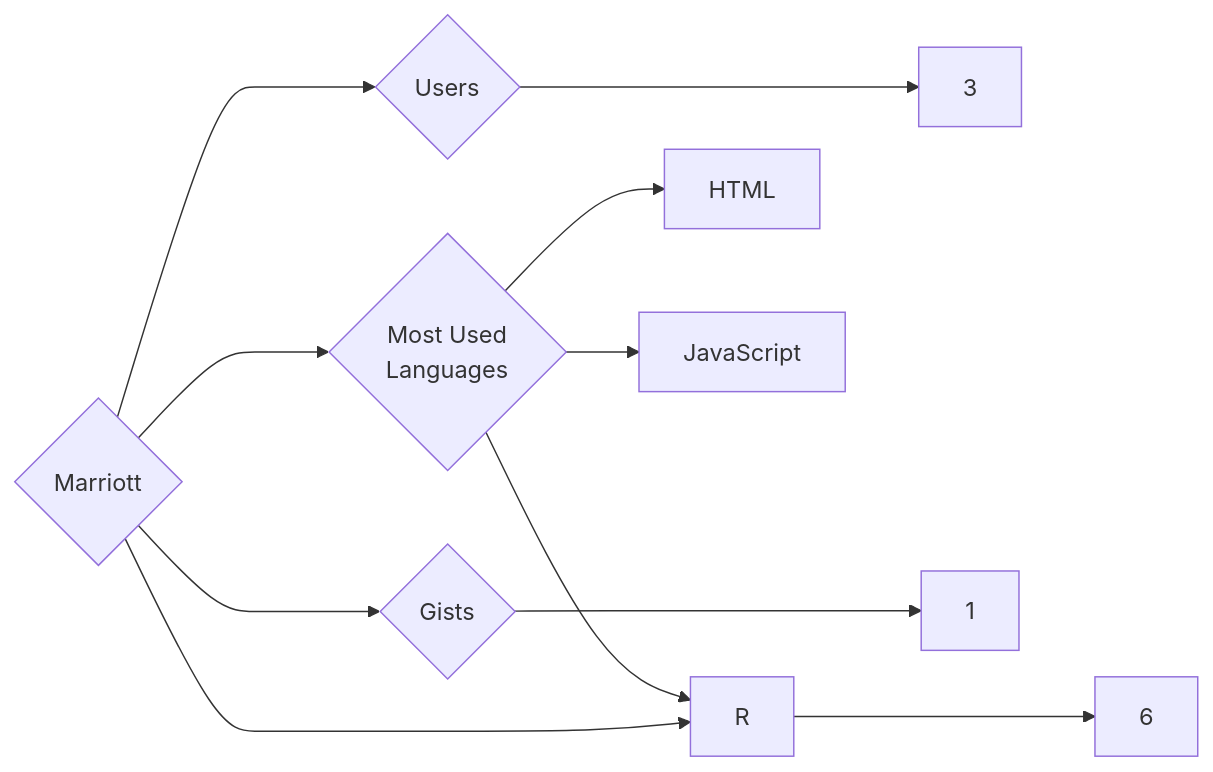
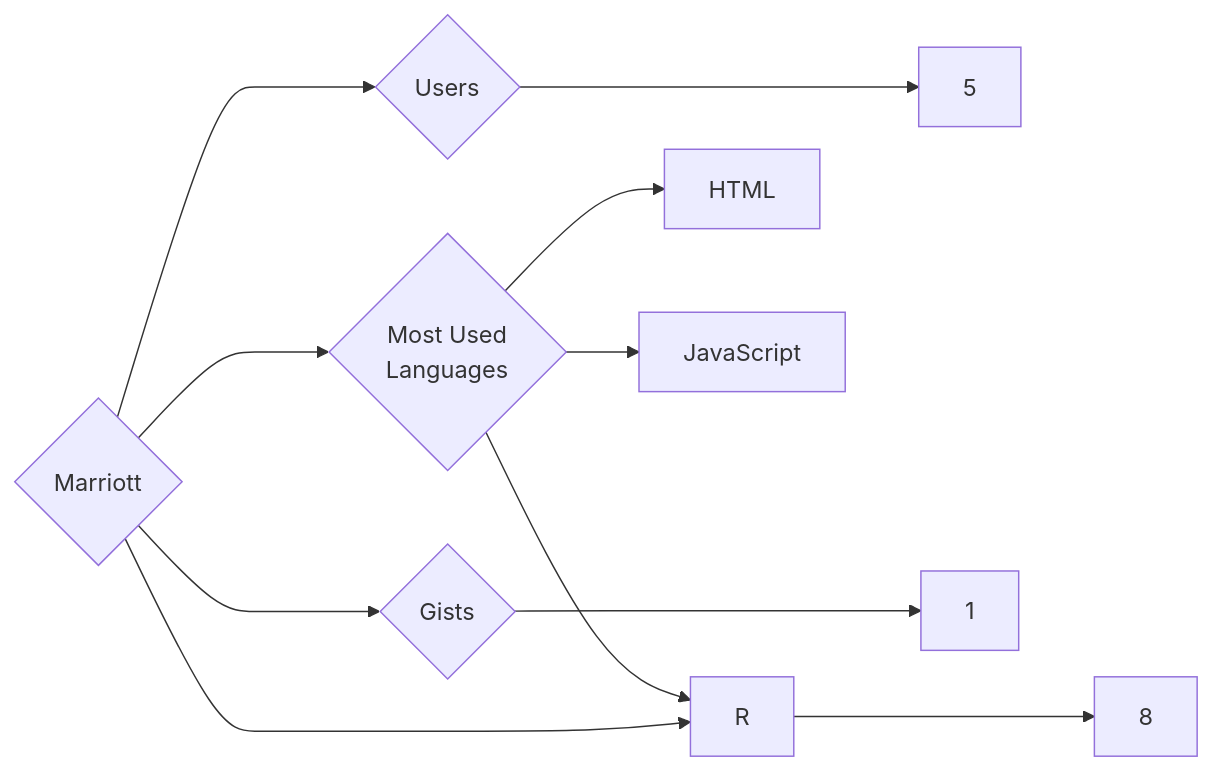
Before and after one commit to trickest/insiders: the diagram in targets/Marriott/README.md, drawn with Mermaid. The commit also changed 1479 other files, not shown here.

````diff
--- a/targets/Marriott/README.md
+++ b/targets/Marriott/README.md
@@ -3,11 +3,11 @@
 ```mermaid
 graph LR
 COMPANY_NAME{Marriott}
-COMPANY_NAME ---> U{Users} ---> UN[3]
-COMPANY_NAME ---> R{Repositories} ---> RN[6]
+COMPANY_NAME ---> U{Users} ---> UN[5]
+COMPANY_NAME ---> R{Repositories} ---> RN[8]
 COMPANY_NAME ---> G{Gists} ---> GN[1]
 COMPANY_NAME ---> ML{Most Used<br>Languages}
 ML --> HTML[HTML]
 ML --> R[R]
 ML --> JavaScript[JavaScript]
 ```
````
